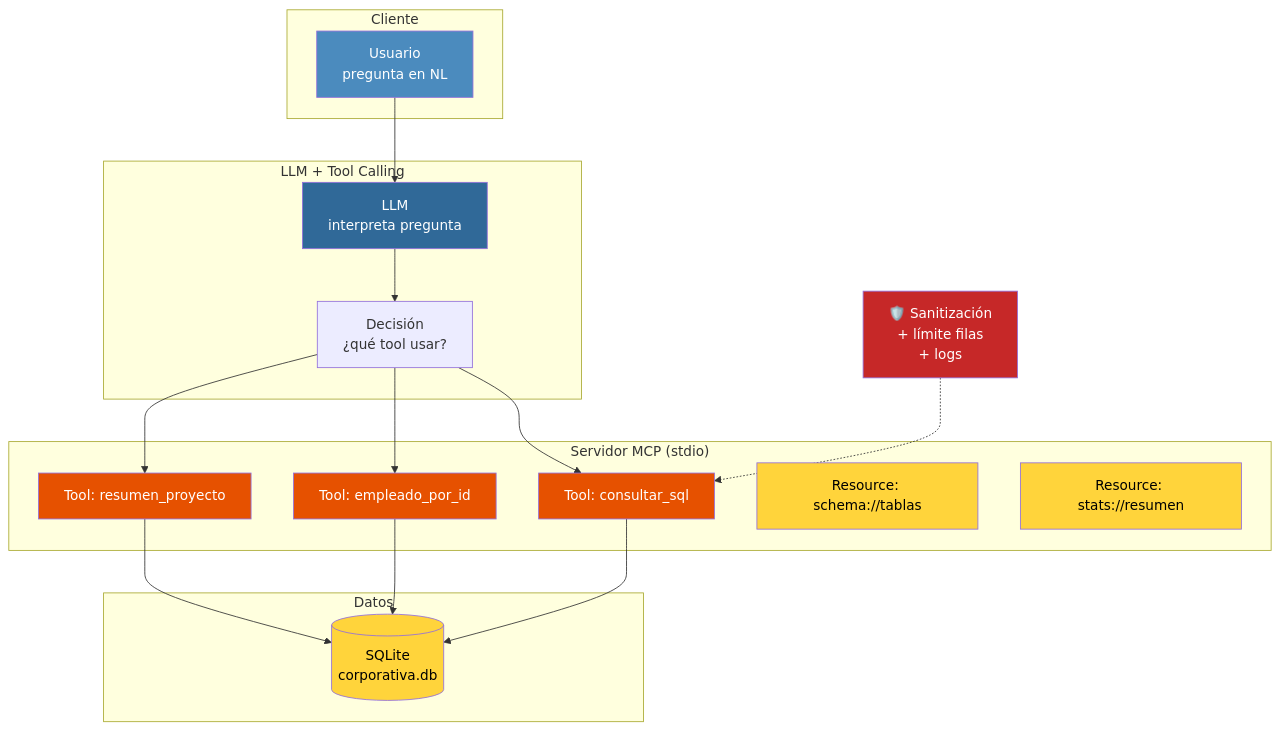
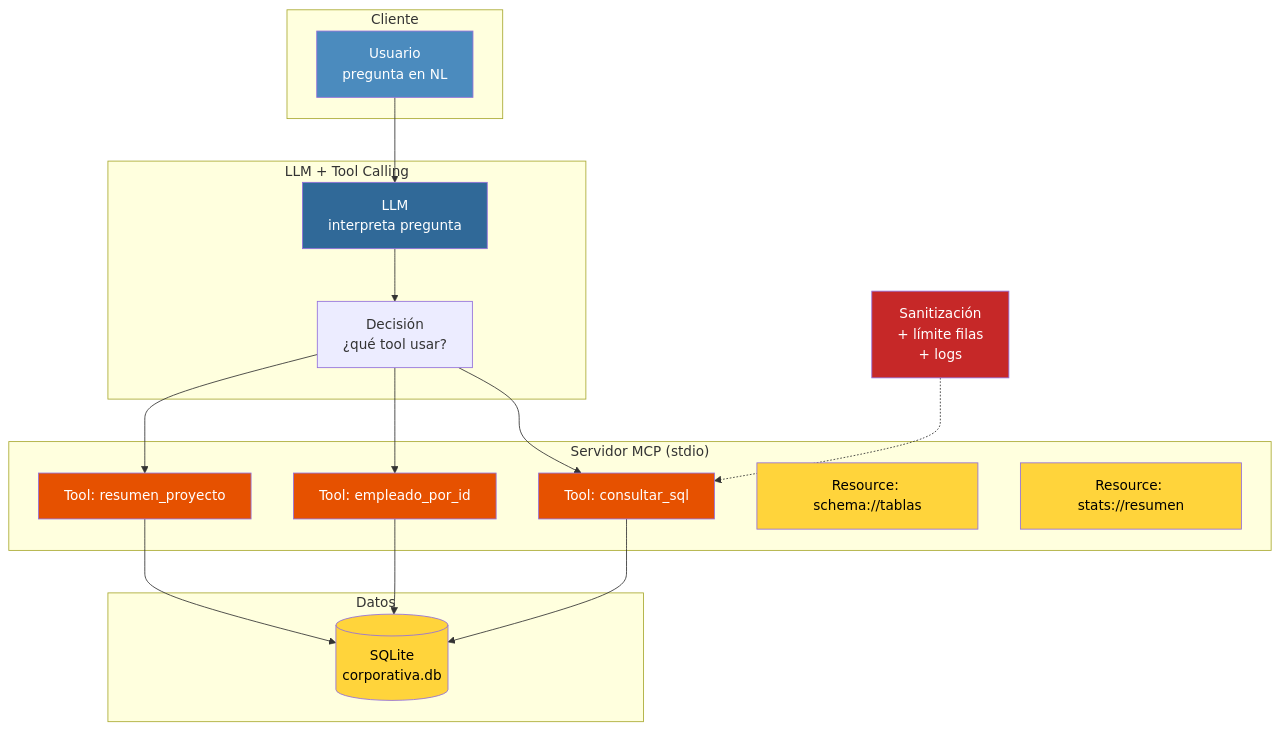
The second of 2 diagrams in bloque2/hpd3-servidor-mcp.qmd (Adamychen/m10_quarto), drawn with Mermaid before and after one commit. The commit also changed other lines of this file and 34 other files, not shown here.

````diff
--- a/bloque2/hpd3-servidor-mcp.qmd
+++ b/bloque2/hpd3-servidor-mcp.qmd
@@ -796,44 +803,44 @@
 ```{mermaid}
 graph TD
     subgraph "Cliente"
         A[Usuario<br/>pregunta en NL]
     end
 
     subgraph "LLM + Tool Calling"
         B[LLM<br/>interpreta pregunta]
         C[Decisión<br/>¿qué tool usar?]
     end
 
     subgraph "Servidor MCP (stdio)"
         D[Tool: consultar_sql]
         E[Tool: empleado_por_id]
         F[Tool: resumen_proyecto]
         G[Resource: schema://tablas]
         H[Resource: stats://resumen]
     end
 
     subgraph "Datos"
         I[(SQLite<br/>corporativa.db)]
     end
 
     A --> B
     B --> C
     C --> D
     C --> E
     C --> F
     D --> I
     E --> I
     F --> I
 
-    J[🛡️ Sanitización<br/>+ límite filas<br/>+ logs] -.-> D
+    J[Sanitización<br/>+ límite filas<br/>+ logs] -.-> D
 
     style A fill:#4B8BBE,color:#fff
     style B fill:#306998,color:#fff
     style D fill:#e65100,color:#fff
     style E fill:#e65100,color:#fff
     style F fill:#e65100,color:#fff
     style G fill:#FFD43B,color:#000
     style H fill:#FFD43B,color:#000
     style I fill:#FFD43B,color:#000
     style J fill:#c62828,color:#fff
 ```
````
